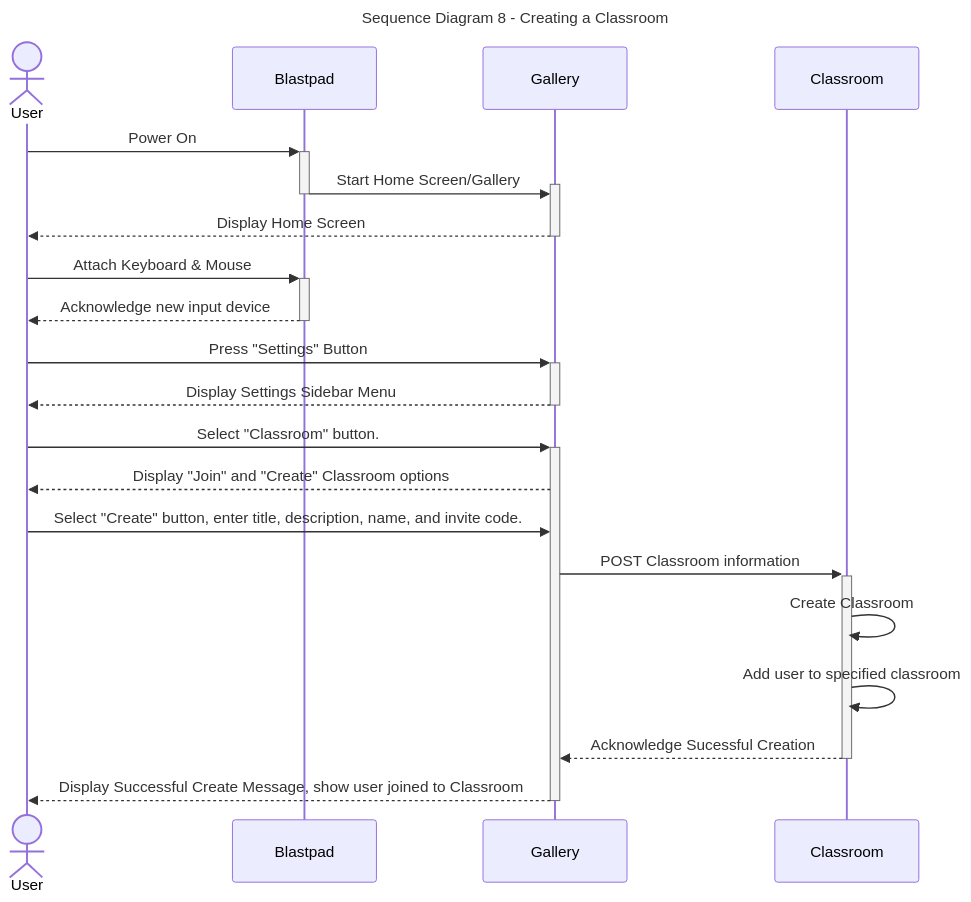
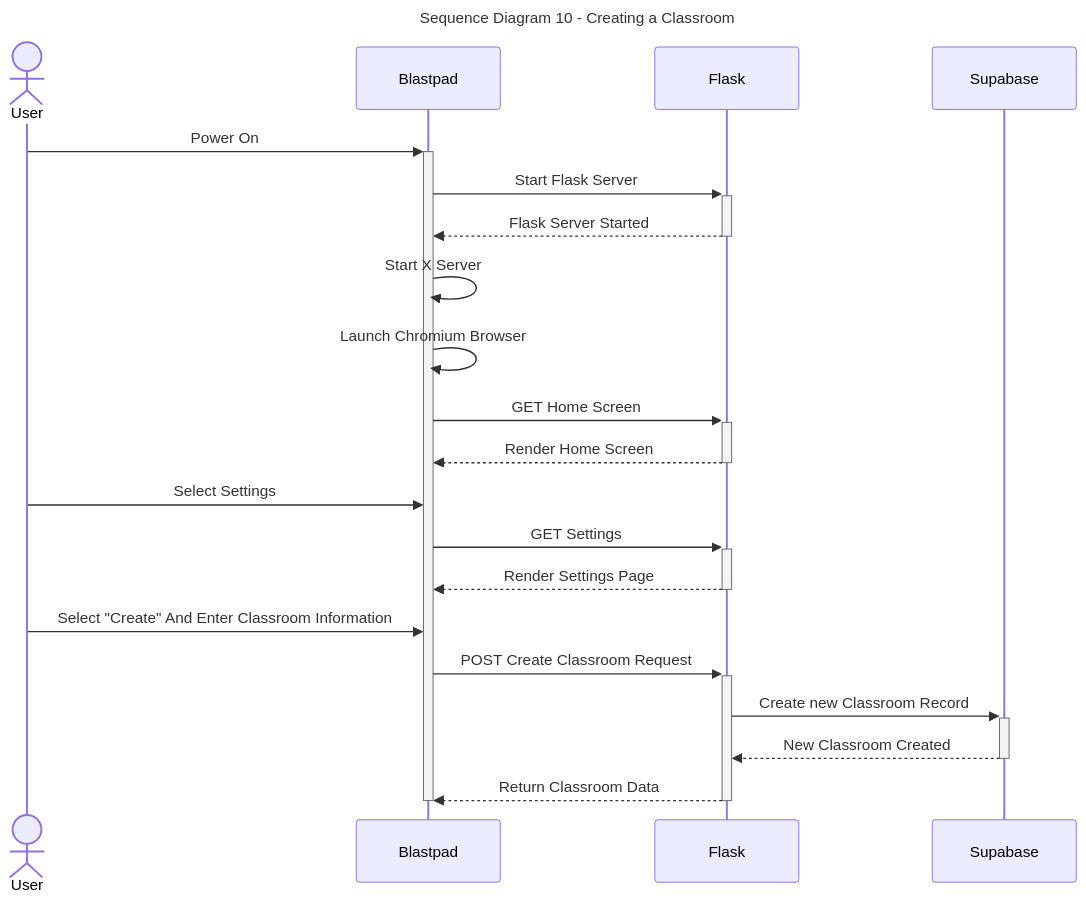
The tenth of 11 diagrams in documentation/docs/system-architecture/sequence-diagrams.md (Capstone-Projects-2024-Spring/project-blastpad), drawn with Mermaid before and after one commit. The commit also changed other lines of this file and 3 other files, not shown here.

Commit message:
Use Case Seq Diagrams

````diff
--- a/documentation/docs/system-architecture/sequence-diagrams.md
+++ b/documentation/docs/system-architecture/sequence-diagrams.md
@@ -314,30 +426,33 @@
 ```mermaid
 ---
-title: "Sequence Diagram 8 - Creating a Classroom"
+title: "Sequence Diagram 10 - Creating a Classroom"
 ---
 
 sequenceDiagram
 actor User
 User->>+Blastpad: Power On
-Blastpad->>+Gallery: Start Home Screen/Gallery
-deactivate Blastpad	
-Gallery-->>-User: Display Home Screen
-
-User->>+Blastpad: Attach Keyboard & Mouse
-Blastpad-->>-User: Acknowledge new input device
+Blastpad->>+Flask: Start Flask Server
+Flask-->>-Blastpad: Flask Server Started
+Blastpad->>Blastpad: Start X Server
+Blastpad->>Blastpad: Launch Chromium Browser
 
 
-User->>+Gallery: Press "Settings" Button
-Gallery-->>-User: Display Settings Sidebar Menu
-User->>+Gallery: Select "Classroom" button.
-Gallery-->>User: Display "Join" and "Create" Classroom options
-User->>Gallery: Select "Create" button, enter title, description, name, and invite code.
+Blastpad->>+Flask: GET Home Screen
+Flask-->>-Blastpad: Render Home Screen
 
-Gallery->>+Classroom: POST Classroom information
-Classroom->>Classroom: Create Classroom
-Classroom->>Classroom: Add user to specified classroom
-Classroom-->>-Gallery: Acknowledge Sucessful Creation
-Gallery-->>-User: Display Successful Create Message, show user joined to Classroom
+User->>Blastpad: Select Settings
+Blastpad->>+Flask: GET Settings
+Flask-->>-Blastpad: Render Settings Page
+
+
+User->>Blastpad: Select "Create" And Enter Classroom Information
+Blastpad->>+Flask: POST Create Classroom Request
+Flask->>+Supabase: Create new Classroom Record
+Supabase-->>-Flask: New Classroom Created
+Flask-->>-Blastpad: Return Classroom Data
+
+deactivate Blastpad
+
 
 
 ```
````
